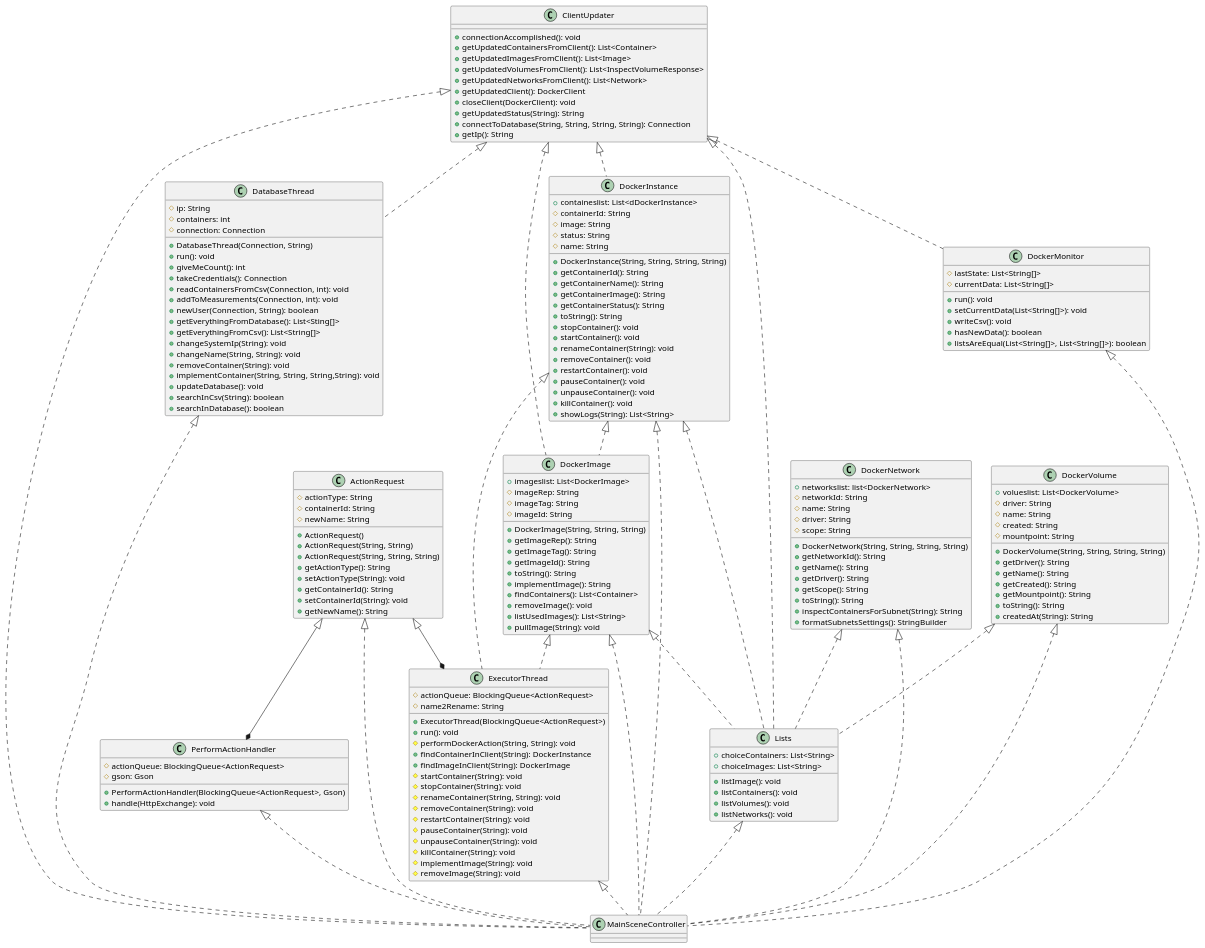
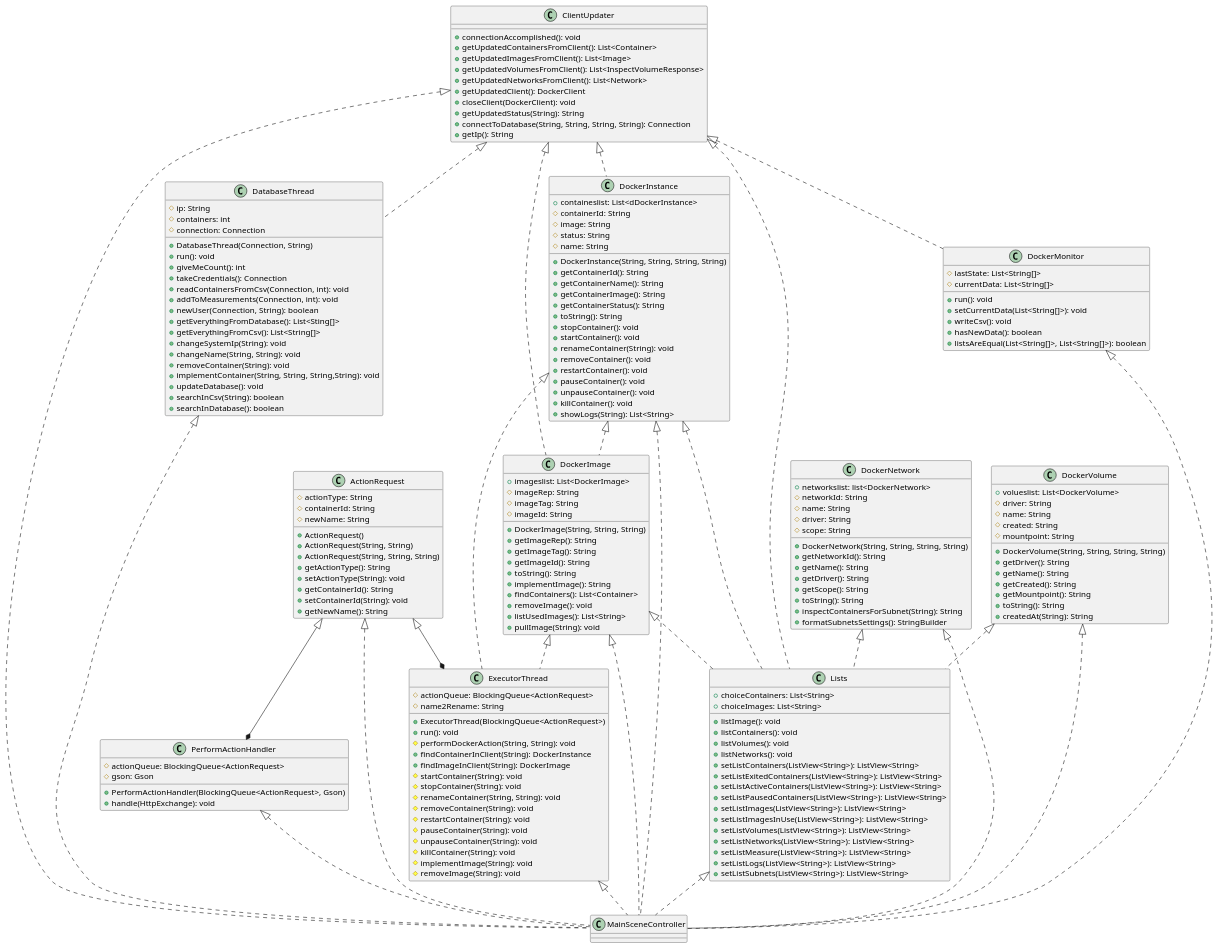
One commit to konstantopoulosk/MavenDocker-NullProject changed the diagram in dockermonitor/src/main/resources/OurUML.puml. Above: the diagram before and after it, drawn with PlantUML. The commit also changed 1 other file, not shown here.

Commit message:
added in uml

```diff
--- a/dockermonitor/src/main/resources/OurUML.puml
+++ b/dockermonitor/src/main/resources/OurUML.puml
@@ -149,6 +149,17 @@
     +listContainers(): void
     +listVolumes(): void
     +listNetworks(): void
+    +setListContainers(ListView<String>): ListView<String>
+    +setListExitedContainers(ListView<String>): ListView<String>
+    +setListActiveContainers(ListView<String>): ListView<String>
+    +setListPausedContainers(ListView<String>): ListView<String>
+    +setListImages(ListView<String>): ListView<String>
+    +setListImagesInUse(ListView<String>): ListView<String>
+    +setListVolumes(ListView<String>): ListView<String>
+    +setListNetworks(ListView<String>): ListView<String>
+    +setListMeasure(ListView<String>): ListView<String>
+    +setListLogs(ListView<String>): ListView<String>
+    +setListSubnets(ListView<String>): ListView<String>
 }
 class PerformActionHandler {
     #actionQueue: BlockingQueue<ActionRequest>
```
